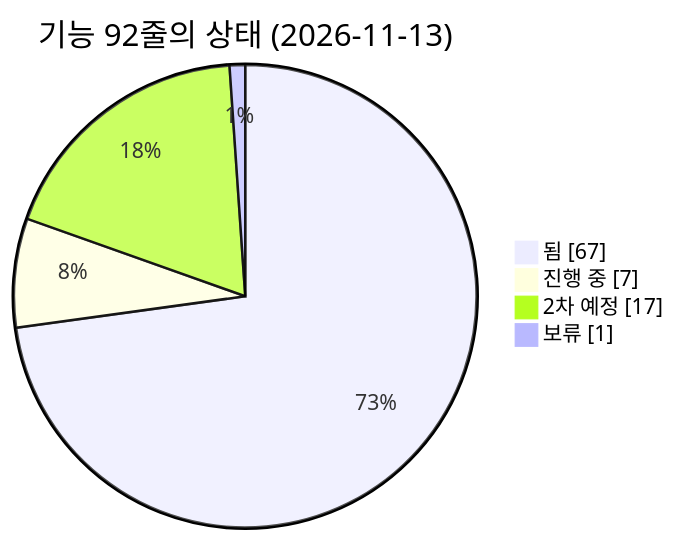
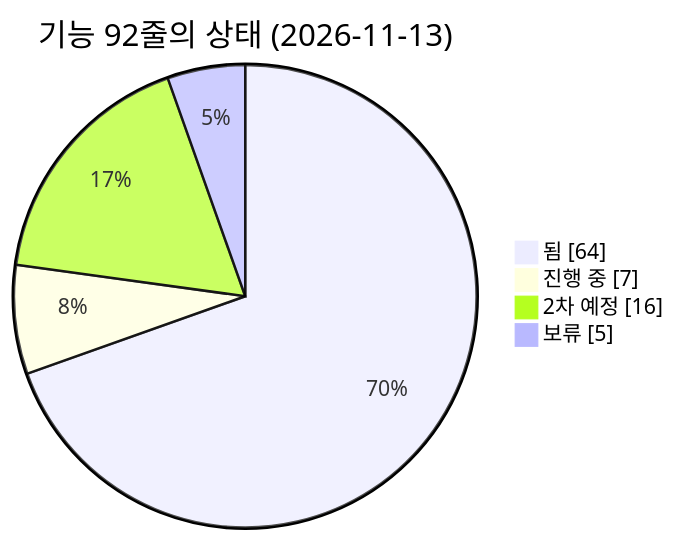
One commit to agent-ddalgi-team/final-geosan changed the first of 4 diagrams in docs/map/feature-map.md. Above: the diagram before and after it, drawn with Mermaid. The commit also changed other lines of this file, not shown here.

Commit message:
기능 지도의 건수와 맨 위 줄을 카드·상세 정리에 맞춘다 (#659)

````diff
--- a/docs/map/feature-map.md
+++ b/docs/map/feature-map.md
@@ -32,8 +32,8 @@
 ```mermaid
 pie showData
     title 기능 92줄의 상태 (2026-11-13)
-    "됨" : 67
+    "됨" : 64
     "진행 중" : 7
-    "2차 예정" : 17
-    "보류" : 1
+    "2차 예정" : 16
+    "보류" : 5
 ```
````
